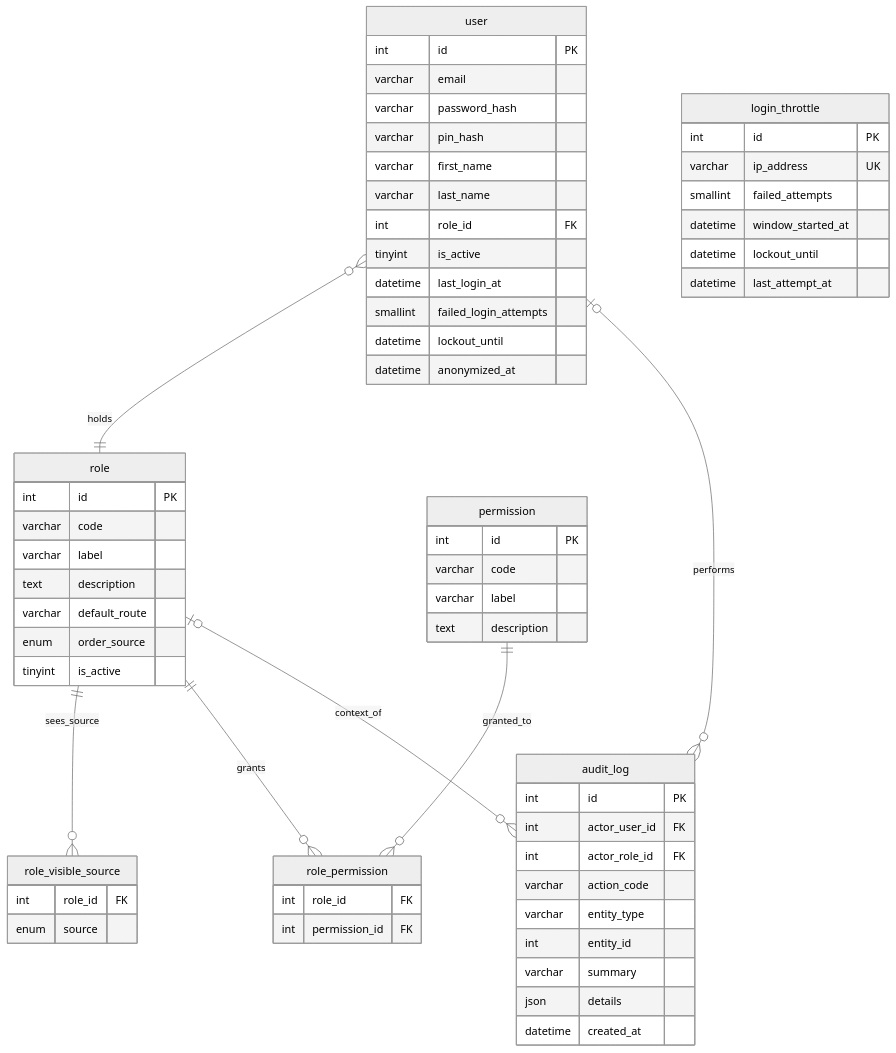
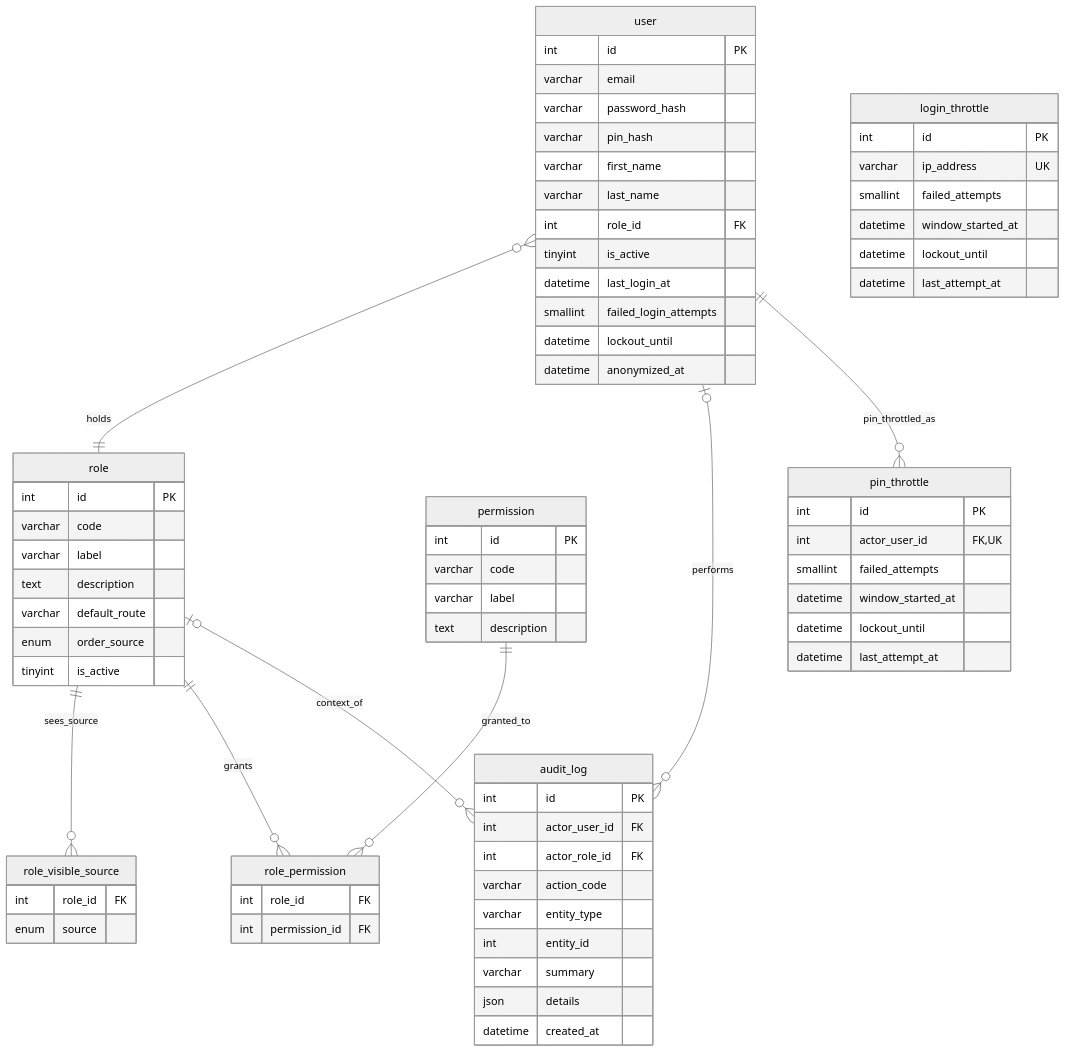
The fourth of 4 diagrams in docs/merise/mcd.md (AcadeNice/wakdo_corentin), drawn with Mermaid (neutral theme) before and after one commit. The commit also changed other lines of this file and 19 other files, not shown here.

Commit message:
feat(admin): throttle du PIN d action sensible par acteur (RG-T22) (#18)

````diff
--- a/docs/merise/mcd.md
+++ b/docs/merise/mcd.md
@@ -389,66 +391,75 @@
 ```mermaid
 erDiagram
     user {
         int id PK
         varchar email
         varchar password_hash
         varchar pin_hash
         varchar first_name
         varchar last_name
         int role_id FK
         tinyint is_active
         datetime last_login_at
         smallint failed_login_attempts
         datetime lockout_until
         datetime anonymized_at
     }
     role {
         int id PK
         varchar code
         varchar label
         text description
         varchar default_route
         enum order_source
         tinyint is_active
     }
     role_visible_source {
         int role_id FK
         enum source
     }
     permission {
         int id PK
         varchar code
         varchar label
         text description
     }
     role_permission {
         int role_id FK
         int permission_id FK
     }
     audit_log {
         int id PK
         int actor_user_id FK
         int actor_role_id FK
         varchar action_code
         varchar entity_type
         int entity_id
         varchar summary
         json details
         datetime created_at
     }
     login_throttle {
         int id PK
         varchar ip_address UK
         smallint failed_attempts
         datetime window_started_at
         datetime lockout_until
         datetime last_attempt_at
     }
+    pin_throttle {
+        int id PK
+        int actor_user_id FK,UK
+        smallint failed_attempts
+        datetime window_started_at
+        datetime lockout_until
+        datetime last_attempt_at
+    }
 
     user }o--|| role : "holds"
     role ||--o{ role_visible_source : "sees_source"
     role ||--o{ role_permission : "grants"
     permission ||--o{ role_permission : "granted_to"
     user |o--o{ audit_log : "performs"
     role |o--o{ audit_log : "context_of"
+    user ||--o{ pin_throttle : "pin_throttled_as"
 ```
````
